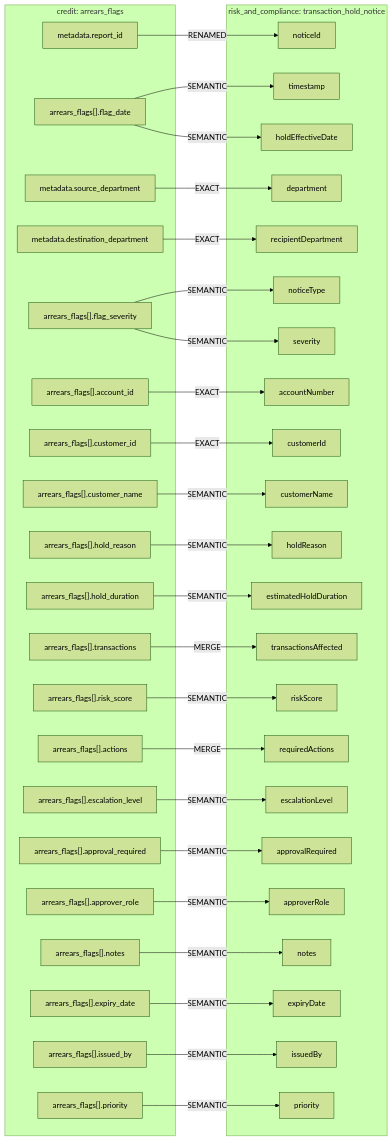
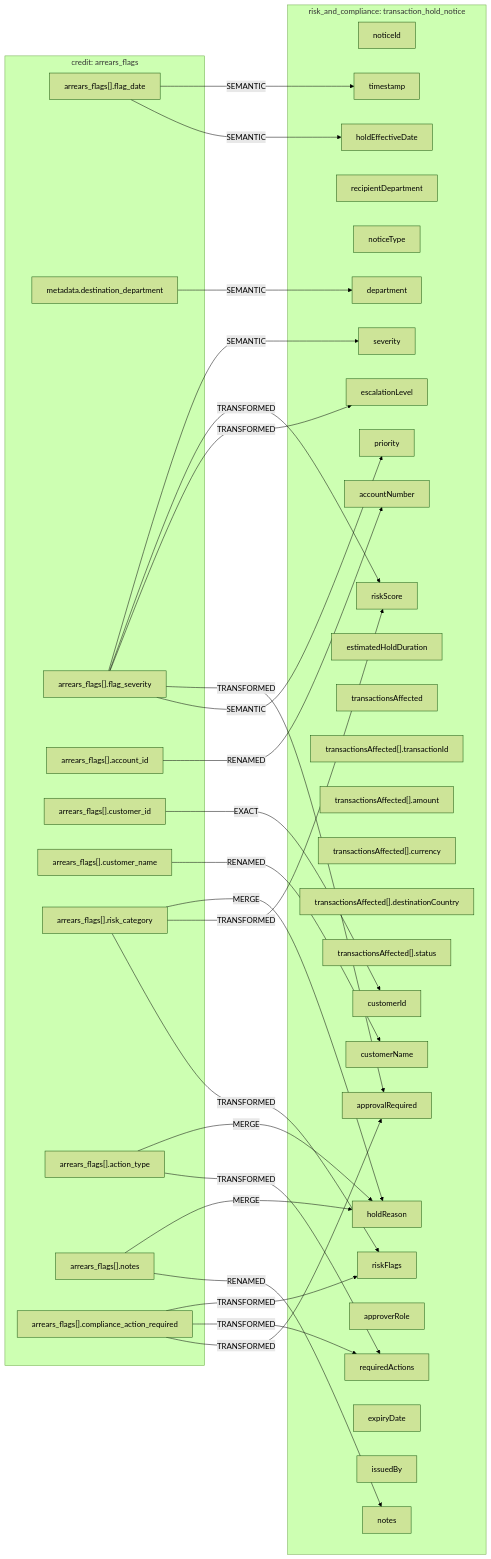
Before and after one commit to MAKWilkinson/HSBC-Data-Fabric-PoC-v2: the diagram in mermaids/risk_and_compliance/accounts/transaction_hold_notice__from__credit__arrears_flags.mmd, drawn with Mermaid (forest theme). The commit also changed 447 other files, not shown here.

```diff
--- a/mermaids/risk_and_compliance/accounts/transaction_hold_notice__from__credit__arrears_flags.mmd
+++ b/mermaids/risk_and_compliance/accounts/transaction_hold_notice__from__credit__arrears_flags.mmd
@@ -1,69 +1,64 @@
 flowchart LR
   subgraph IN["credit: arrears_flags"]
-    in_metadata_report_id["metadata.report_id"]
     in_arrears_flags___flag_date["arrears_flags[].flag_date"]
-    in_metadata_source_department["metadata.source_department"]
     in_metadata_destination_department["metadata.destination_department"]
     in_arrears_flags___flag_severity["arrears_flags[].flag_severity"]
     in_arrears_flags___account_id["arrears_flags[].account_id"]
     in_arrears_flags___customer_id["arrears_flags[].customer_id"]
     in_arrears_flags___customer_name["arrears_flags[].customer_name"]
-    in_arrears_flags___hold_reason["arrears_flags[].hold_reason"]
-    in_arrears_flags___hold_duration["arrears_flags[].hold_duration"]
-    in_arrears_flags___transactions["arrears_flags[].transactions"]
-    in_arrears_flags___risk_score["arrears_flags[].risk_score"]
-    in_arrears_flags___actions["arrears_flags[].actions"]
-    in_arrears_flags___escalation_level["arrears_flags[].escalation_level"]
-    in_arrears_flags___approval_required["arrears_flags[].approval_required"]
-    in_arrears_flags___approver_role["arrears_flags[].approver_role"]
+    in_arrears_flags___risk_category["arrears_flags[].risk_category"]
+    in_arrears_flags___action_type["arrears_flags[].action_type"]
     in_arrears_flags___notes["arrears_flags[].notes"]
-    in_arrears_flags___expiry_date["arrears_flags[].expiry_date"]
-    in_arrears_flags___issued_by["arrears_flags[].issued_by"]
-    in_arrears_flags___priority["arrears_flags[].priority"]
+    in_arrears_flags___compliance_action_required["arrears_flags[].compliance_action_required"]
   end
   subgraph OUT["risk_and_compliance: transaction_hold_notice"]
     out_noticeId["noticeId"]
     out_timestamp["timestamp"]
     out_department["department"]
     out_recipientDepartment["recipientDepartment"]
     out_noticeType["noticeType"]
     out_severity["severity"]
     out_accountNumber["accountNumber"]
     out_customerId["customerId"]
     out_customerName["customerName"]
     out_holdReason["holdReason"]
     out_holdEffectiveDate["holdEffectiveDate"]
     out_estimatedHoldDuration["estimatedHoldDuration"]
     out_transactionsAffected["transactionsAffected"]
+    out_transactionsAffected___transactionId["transactionsAffected[].transactionId"]
+    out_transactionsAffected___amount["transactionsAffected[].amount"]
+    out_transactionsAffected___currency["transactionsAffected[].currency"]
+    out_transactionsAffected___destinationCountry["transactionsAffected[].destinationCountry"]
+    out_transactionsAffected___status["transactionsAffected[].status"]
     out_riskScore["riskScore"]
+    out_riskFlags["riskFlags"]
     out_requiredActions["requiredActions"]
     out_escalationLevel["escalationLevel"]
     out_approvalRequired["approvalRequired"]
     out_approverRole["approverRole"]
     out_notes["notes"]
     out_expiryDate["expiryDate"]
     out_issuedBy["issuedBy"]
     out_priority["priority"]
   end
-  in_metadata_report_id -->|RENAMED| out_noticeId
   in_arrears_flags___flag_date -->|SEMANTIC| out_timestamp
-  in_metadata_source_department -->|EXACT| out_department
-  in_metadata_destination_department -->|EXACT| out_recipientDepartment
-  in_arrears_flags___flag_severity -->|SEMANTIC| out_noticeType
+  in_metadata_destination_department -->|SEMANTIC| out_department
   in_arrears_flags___flag_severity -->|SEMANTIC| out_severity
-  in_arrears_flags___account_id -->|EXACT| out_accountNumber
+  in_arrears_flags___account_id -->|RENAMED| out_accountNumber
   in_arrears_flags___customer_id -->|EXACT| out_customerId
-  in_arrears_flags___customer_name -->|SEMANTIC| out_customerName
-  in_arrears_flags___hold_reason -->|SEMANTIC| out_holdReason
+  in_arrears_flags___customer_name -->|RENAMED| out_customerName
+  in_arrears_flags___risk_category -->|MERGE| out_holdReason
+  in_arrears_flags___action_type -->|MERGE| out_holdReason
+  in_arrears_flags___notes -->|MERGE| out_holdReason
   in_arrears_flags___flag_date -->|SEMANTIC| out_holdEffectiveDate
-  in_arrears_flags___hold_duration -->|SEMANTIC| out_estimatedHoldDuration
-  in_arrears_flags___transactions -->|MERGE| out_transactionsAffected
-  in_arrears_flags___risk_score -->|SEMANTIC| out_riskScore
-  in_arrears_flags___actions -->|MERGE| out_requiredActions
-  in_arrears_flags___escalation_level -->|SEMANTIC| out_escalationLevel
-  in_arrears_flags___approval_required -->|SEMANTIC| out_approvalRequired
-  in_arrears_flags___approver_role -->|SEMANTIC| out_approverRole
-  in_arrears_flags___notes -->|SEMANTIC| out_notes
-  in_arrears_flags___expiry_date -->|SEMANTIC| out_expiryDate
-  in_arrears_flags___issued_by -->|SEMANTIC| out_issuedBy
-  in_arrears_flags___priority -->|SEMANTIC| out_priority
+  in_arrears_flags___flag_severity -->|TRANSFORMED| out_riskScore
+  in_arrears_flags___risk_category -->|TRANSFORMED| out_riskScore
+  in_arrears_flags___risk_category -->|TRANSFORMED| out_riskFlags
+  in_arrears_flags___compliance_action_required -->|TRANSFORMED| out_riskFlags
+  in_arrears_flags___action_type -->|TRANSFORMED| out_requiredActions
+  in_arrears_flags___compliance_action_required -->|TRANSFORMED| out_requiredActions
+  in_arrears_flags___flag_severity -->|TRANSFORMED| out_escalationLevel
+  in_arrears_flags___flag_severity -->|TRANSFORMED| out_approvalRequired
+  in_arrears_flags___compliance_action_required -->|TRANSFORMED| out_approvalRequired
+  in_arrears_flags___notes -->|RENAMED| out_notes
+  in_arrears_flags___flag_severity -->|SEMANTIC| out_priority
```
